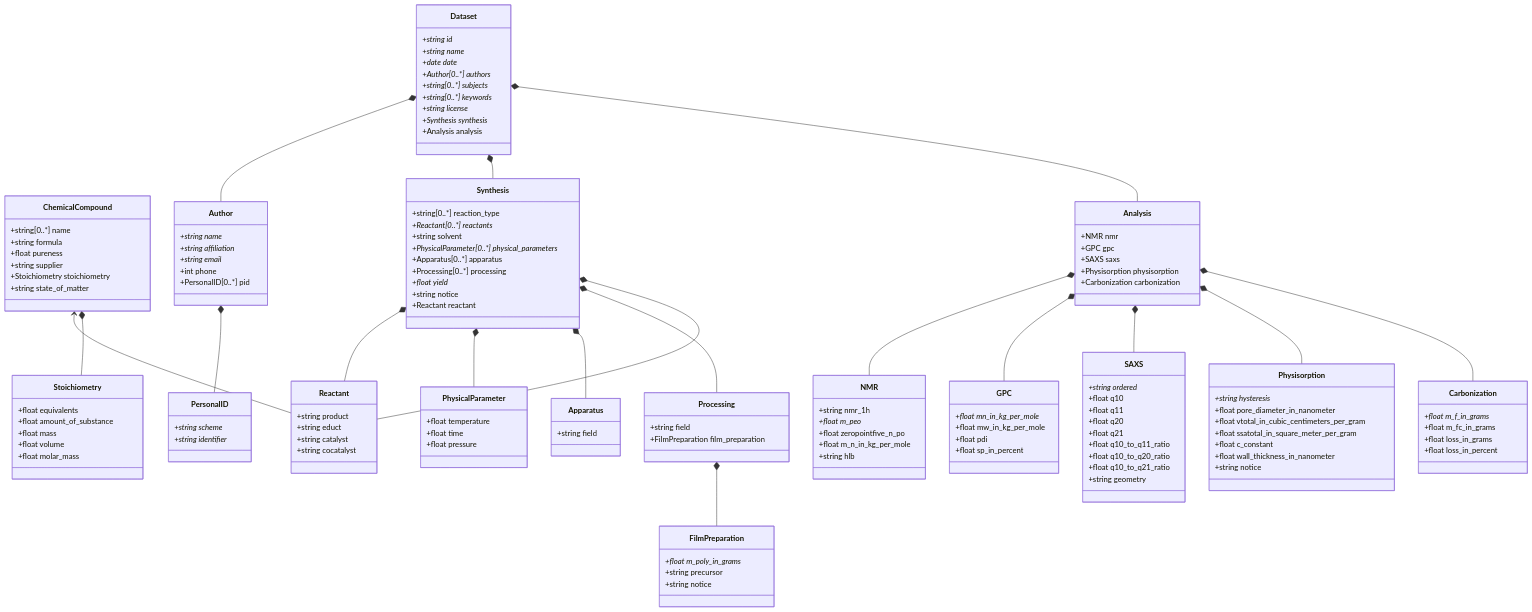
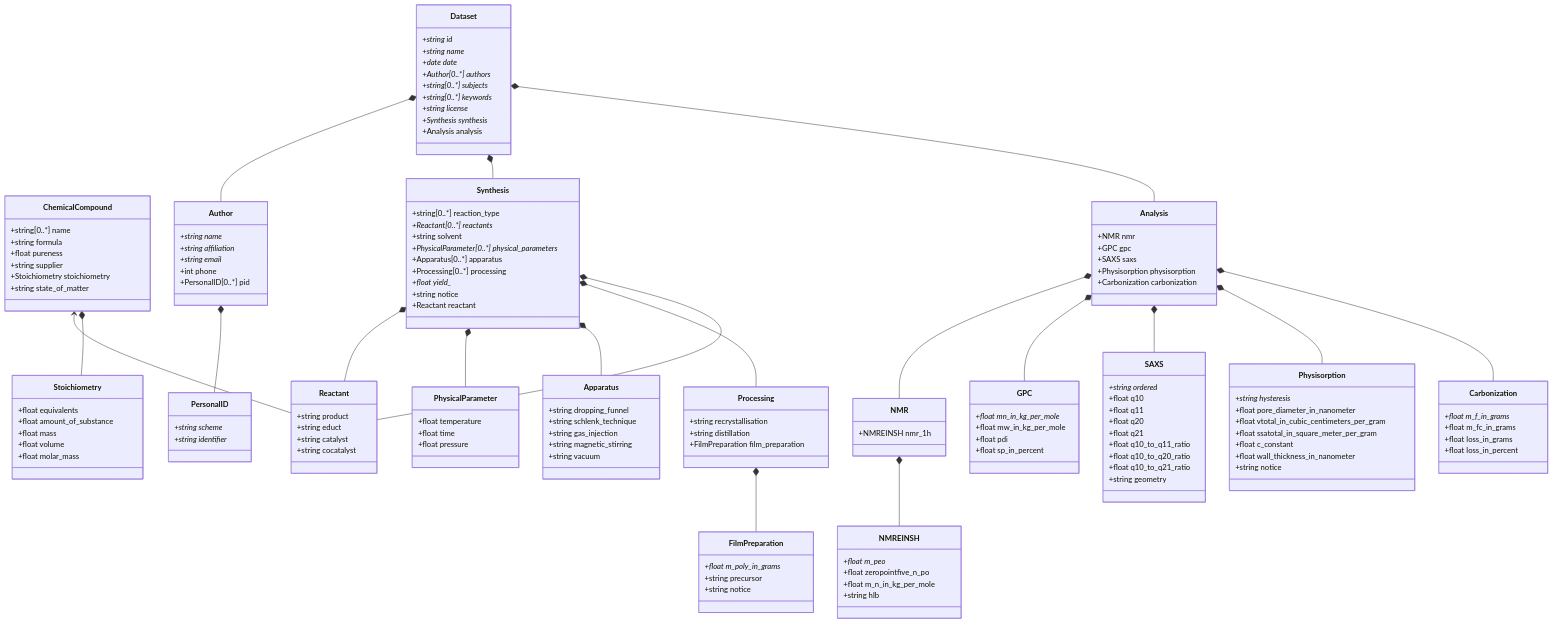
Before and after one commit to patri27x/datamodel_b07_poly: the diagram in DatamodelB07/schemes/Data model for CRC 1333 project B07.md, drawn with Mermaid. The commit also changed 19 other files, not shown here.

```diff
--- a/DatamodelB07/schemes/Data model for CRC 1333 project B07.md
+++ b/DatamodelB07/schemes/Data model for CRC 1333 project B07.md
@@ -17,6 +17,7 @@
     Analysis *-- SAXS
     Analysis *-- Physisorption
     Analysis *-- Carbonization
+    NMR *-- NMREINSH
     
     class Dataset {
         +string id*
@@ -50,7 +51,7 @@
         +PhysicalParameter[0..*] physical_parameters*
         +Apparatus[0..*] apparatus
         +Processing[0..*] processing
-        +float yield*
+        +float yield_*
         +string notice
         +Reactant reactant
     }
@@ -80,12 +81,23 @@
     }
     
     class Apparatus {
-        +string field
+        +string dropping_funnel
+        +string schlenk_technique
+        +string gas_injection
+        +string magnetic_stirring
+        +string vacuum
     }
     
     class Processing {
-        +string field
+        +string recrystallisation
+        +string distillation
         +FilmPreparation film_preparation
+    }
+    
+    class FilmPreparation {
+        +float m_poly_in_grams*
+        +string precursor
+        +string notice
     }
     
     class PhysicalParameter {
@@ -103,7 +115,10 @@
     }
     
     class NMR {
-        +string nmr_1h
+        +NMREINSH nmr_1h
+    }
+    
+    class NMREINSH {
         +float m_peo*
         +float zeropointfive_n_po
         +float m_n_in_kg_per_mole
@@ -115,12 +130,6 @@
         +float mw_in_kg_per_mole
         +float pdi
         +float sp_in_percent
-    }
-    
-    class FilmPreparation {
-        +float m_poly_in_grams*
-        +string precursor
-        +string notice
     }
     
     class Carbonization {
```
